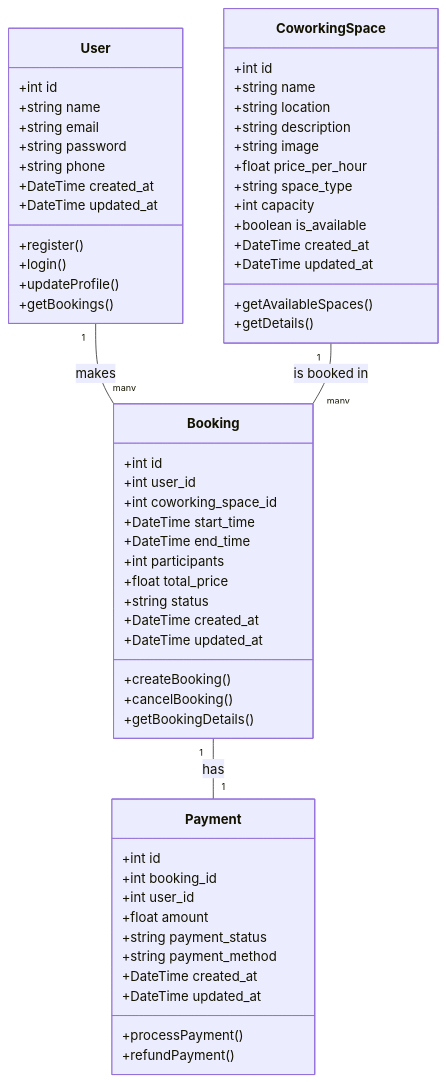
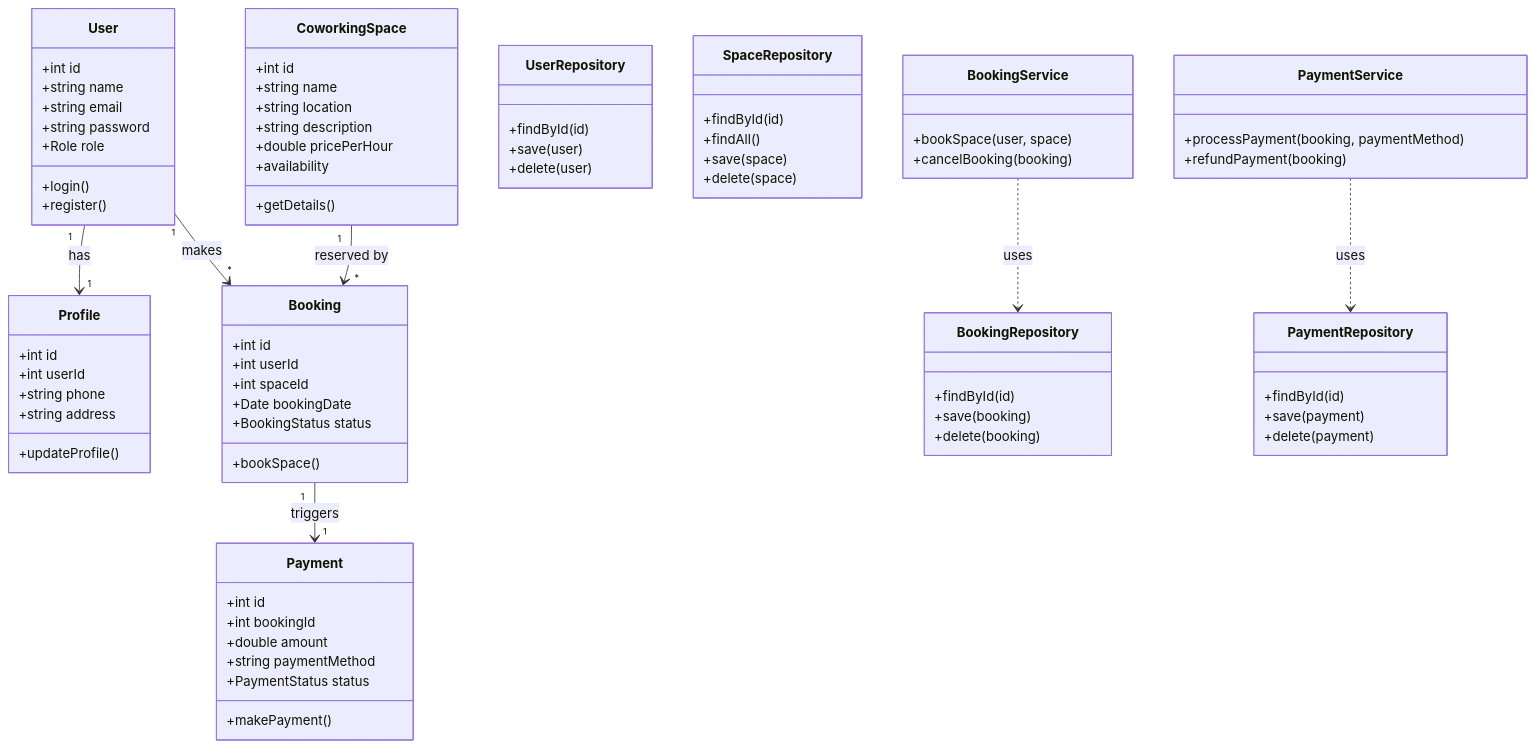
One commit to samir20-23/Project_Booking changed the diagram in conception/ClassDiagramme.mmd. Above: the diagram before and after it, drawn with Mermaid. The commit also changed 64 other files, not shown here.

```diff
--- a/conception/ClassDiagramme.mmd
+++ b/conception/ClassDiagramme.mmd
@@ -1,68 +1,94 @@
 classDiagram
-    %% User Model
+    %% Domain Classes
     class User {
       +int id
       +string name
       +string email
       +string password
-      +string phone
-      +DateTime created_at
-      +DateTime updated_at
+      +Role role
+      +login()
       +register()
-      +login()
-      +updateProfile()
-      +getBookings()
     }
 
-    %% Coworking Space Model
+    class Profile {
+      +int id
+      +int userId
+      +string phone
+      +string address
+      +updateProfile()
+    }
+
     class CoworkingSpace {
       +int id
       +string name
       +string location
       +string description
-      +string image
-      +float price_per_hour
-      +string space_type
-      +int capacity
-      +boolean is_available
-      +DateTime created_at
-      +DateTime updated_at
-      +getAvailableSpaces()
+      +double pricePerHour
+      +availability
       +getDetails()
     }
 
-    %% Booking Model
     class Booking {
       +int id
-      +int user_id
-      +int coworking_space_id
-      +DateTime start_time
-      +DateTime end_time
-      +int participants
-      +float total_price
-      +string status
-      +DateTime created_at
-      +DateTime updated_at
-      +createBooking()
-      +cancelBooking()
-      +getBookingDetails()
+      +int userId
+      +int spaceId
+      +Date bookingDate
+      +BookingStatus status
+      +bookSpace()
     }
 
-    %% Payment Model
     class Payment {
       +int id
-      +int booking_id
-      +int user_id
-      +float amount
-      +string payment_status
-      +string payment_method
-      +DateTime created_at
-      +DateTime updated_at
-      +processPayment()
-      +refundPayment()
+      +int bookingId
+      +double amount
+      +string paymentMethod
+      +PaymentStatus status
+      +makePayment()
     }
 
-    %% Relationships
-    User "1" -- "many" Booking : makes
-    CoworkingSpace "1" -- "many" Booking : is booked in
-    Booking "1" -- "1" Payment : has
+    %% Repository Classes (data layer)
+    class UserRepository {
+      +findById(id)
+      +save(user)
+      +delete(user)
+    }
+
+    class SpaceRepository {
+      +findById(id)
+      +findAll()
+      +save(space)
+      +delete(space)
+    }
+
+    class BookingRepository {
+      +findById(id)
+      +save(booking)
+      +delete(booking)
+    }
+
+    class PaymentRepository {
+      +findById(id)
+      +save(payment)
+      +delete(payment)
+    }
+
+    %% Service Classes (business logic layer)
+    class BookingService {
+      +bookSpace(user, space)
+      +cancelBooking(booking)
+    }
+
+    class PaymentService {
+      +processPayment(booking, paymentMethod)
+      +refundPayment(booking)
+    }
+
+    %% Relationships among Domain Entities
+    User "1" --> "1" Profile : has
+    User "1" --> "*" Booking : makes
+    CoworkingSpace "1" --> "*" Booking : reserved by
+    Booking "1" --> "1" Payment : triggers
+
+    %% Dependencies between Services and Repositories
+    BookingService ..> BookingRepository : uses
+    PaymentService ..> PaymentRepository : uses
```
